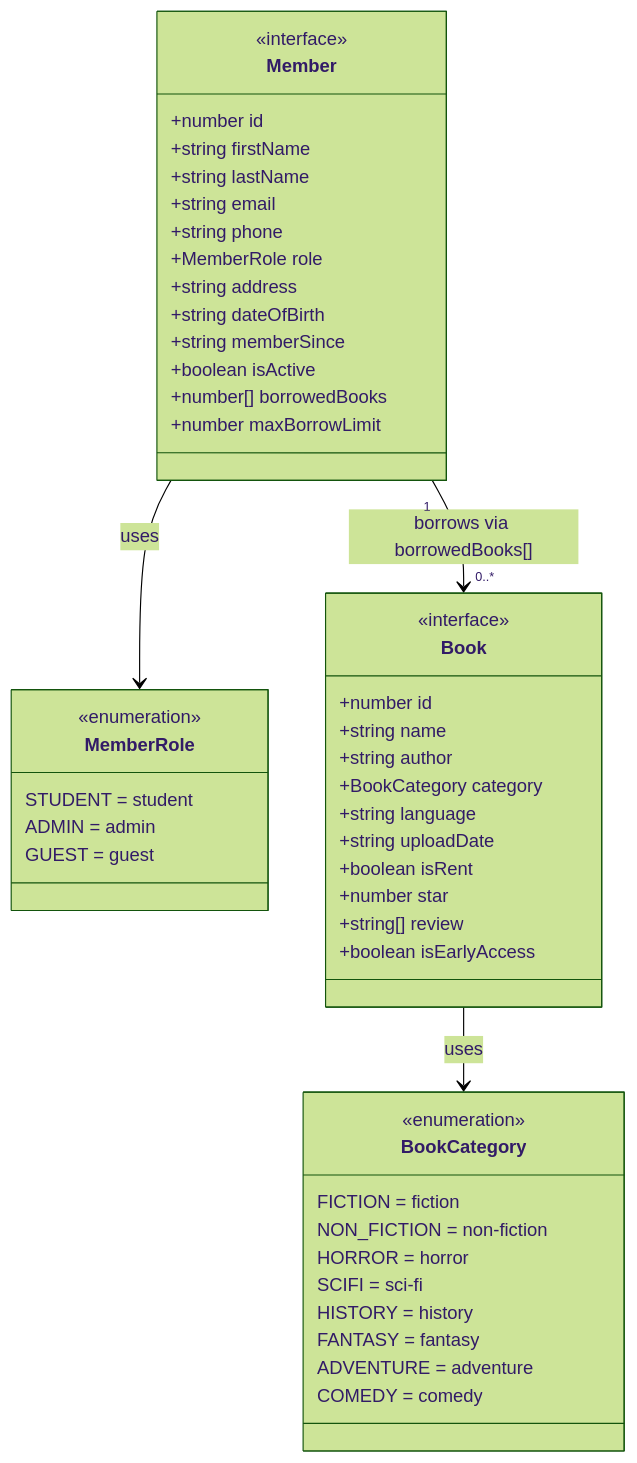
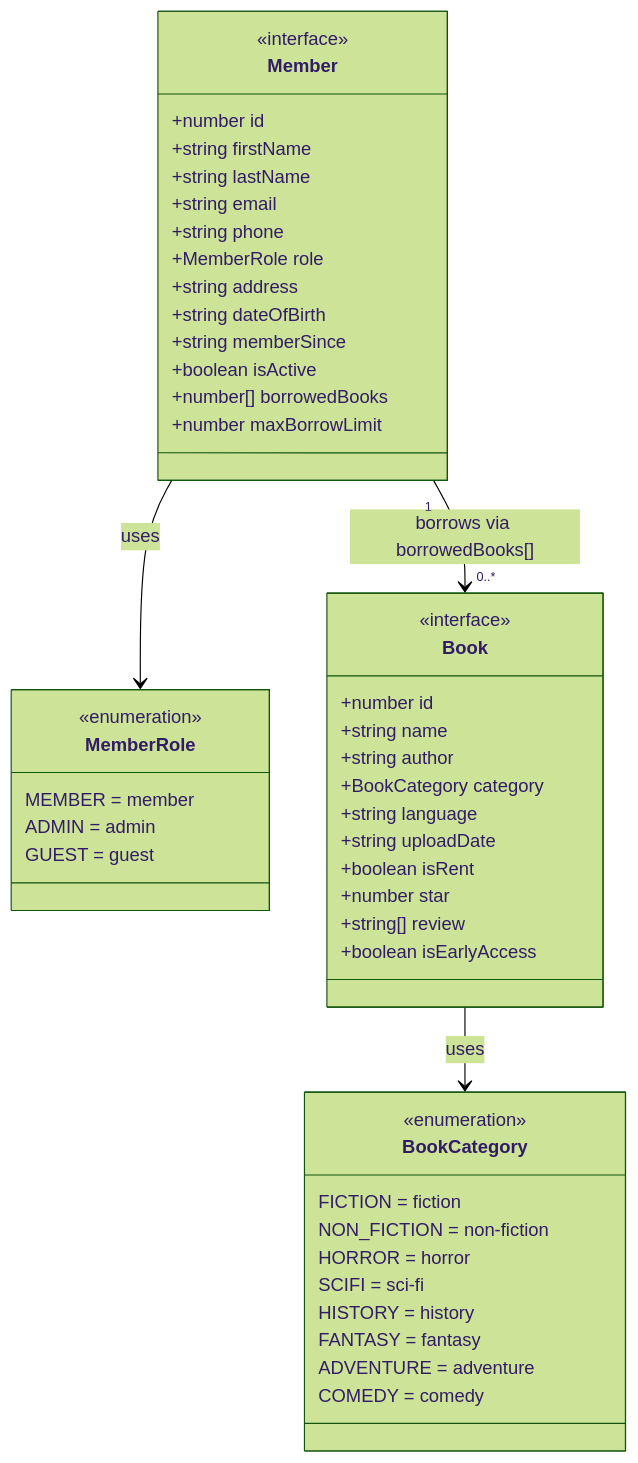
Before and after one commit to Whitemehat/oop-typescript-final-project-2026-Tomatooo: the first of 5 diagrams in docs/uml-diagram.md, drawn with Mermaid (forest theme). The commit also changed other lines of this file and 18 other files, not shown here.

````diff
--- a/docs/uml-diagram.md
+++ b/docs/uml-diagram.md
@@ -9,55 +9,55 @@
 ```mermaid
 classDiagram
     class BookCategory {
         <<enumeration>>
         FICTION = fiction
         NON_FICTION = non-fiction
         HORROR = horror
         SCIFI = sci-fi
         HISTORY = history
         FANTASY = fantasy
         ADVENTURE = adventure
         COMEDY = comedy
     }
 
     class MemberRole {
         <<enumeration>>
-        STUDENT = student
+        MEMBER = member
         ADMIN = admin
         GUEST = guest
     }
 
     class Book {
         <<interface>>
         +number id
         +string name
         +string author
         +BookCategory category
         +string language
         +string uploadDate
         +boolean isRent
         +number star
         +string[] review
         +boolean isEarlyAccess
     }
 
     class Member {
         <<interface>>
         +number id
         +string firstName
         +string lastName
         +string email
         +string phone
         +MemberRole role
         +string address
         +string dateOfBirth
         +string memberSince
         +boolean isActive
         +number[] borrowedBooks
         +number maxBorrowLimit
     }
 
     Book --> BookCategory : uses
     Member --> MemberRole : uses
     Member "1" --> "0..*" Book : borrows via borrowedBooks[]
 ```
````
